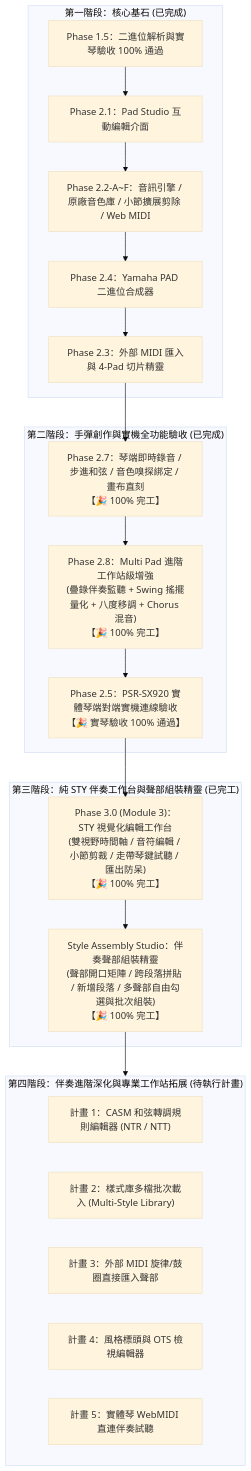
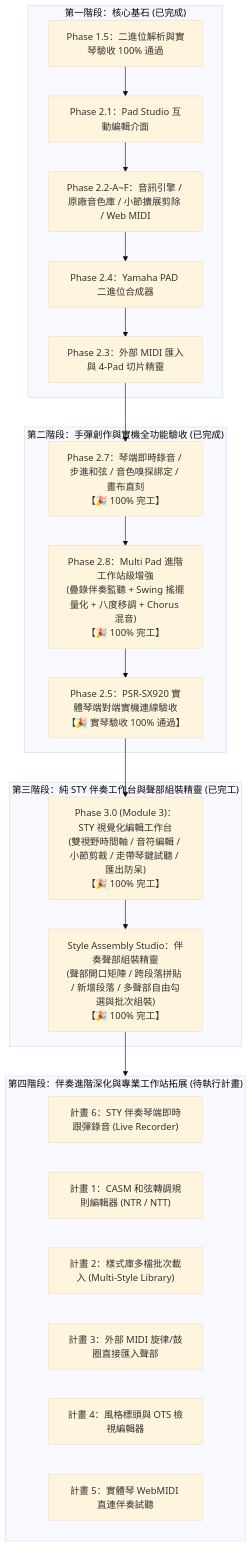
The diagram in PROJECT_PROGRESS_CHECKPOINT.md (CMChen59/Yamaha-Midi-Edit), drawn with Mermaid (base theme) before and after one commit. The commit also changed other lines of this file and 1 other file, not shown here.

Commit message:
docs(plans): add Plan 6 STY Live Metronome Overdub Recorder to pending execution plans

````diff
--- a/PROJECT_PROGRESS_CHECKPOINT.md
+++ b/PROJECT_PROGRESS_CHECKPOINT.md
@@ -59,36 +59,37 @@
 ```mermaid
 flowchart TD
     subgraph S1 ["第一階段：核心基石 (已完成)"]
         Step15["Phase 1.5：二進位解析與實琴驗收 100% 通過"]
         Step21["Phase 2.1：Pad Studio 互動編輯介面"]
         Step22["Phase 2.2-A~F：音訊引擎 / 原廠音色庫 / 小節擴展剪除 / Web MIDI"]
         Step24["Phase 2.4：Yamaha PAD 二進位合成器"]
         Step23["Phase 2.3：外部 MIDI 匯入與 4-Pad 切片精靈"]
     end
 
     subgraph S2 ["第二階段：手彈創作與實機全功能驗收 (已完成)"]
         Step27["Phase 2.7：琴端即時錄音 / 步進和弦 / 音色嗅探綁定 / 畫布直刻\n【🎉 100% 完工】"]
         Step28["Phase 2.8：Multi Pad 進階工作站級增強\n(疊錄伴奏監聽 + Swing 搖擺量化 + 八度移調 + Chorus 混音)\n【🎉 100% 完工】"]
         Step25["Phase 2.5：PSR-SX920 實體琴端對端實機連線驗收\n【🎉 實琴驗收 100% 通過】"]
     end
 
     subgraph S3 ["第三階段：純 STY 伴奏工作台與聲部組裝精靈 (已完工)"]
         Step31["Phase 3.0 (Module 3)：STY 視覺化編輯工作台\n(雙視野時間軸 / 音符編輯 / 小節剪裁 / 走帶琴鍵試聽 / 匯出防呆)\n【🎉 100% 完工】"]
         Step32["Style Assembly Studio：伴奏聲部組裝精靈\n(聲部開口矩陣 / 跨段落拼貼 / 新增段落 / 多聲部自由勾選與批次組裝)\n【🎉 100% 完工】"]
     end
 
     subgraph S4 ["第四階段：伴奏進階深化與專業工作站拓展 (待執行計畫)"]
+        P6["計畫 6：STY 伴奏琴端即時跟彈錄音 (Live Recorder)"]
         P1["計畫 1：CASM 和弦轉調規則編輯器 (NTR / NTT)"]
         P2["計畫 2：樣式庫多檔批次載入 (Multi-Style Library)"]
         P3["計畫 3：外部 MIDI 旋律/鼓圈直接匯入聲部"]
         P4["計畫 4：風格標頭與 OTS 檢視編輯器"]
         P5["計畫 5：實體琴 WebMIDI 直連伴奏試聽"]
     end
 
     Step15 --> Step21 --> Step22 --> Step24 --> Step23 --> Step27
     Step27 --> Step28
     Step28 --> Step25
     Step25 --> Step31
     Step31 --> Step32
     Step32 --> S4
 ```
````
